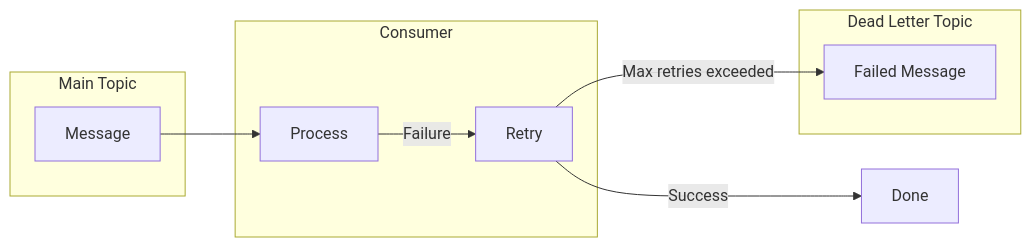
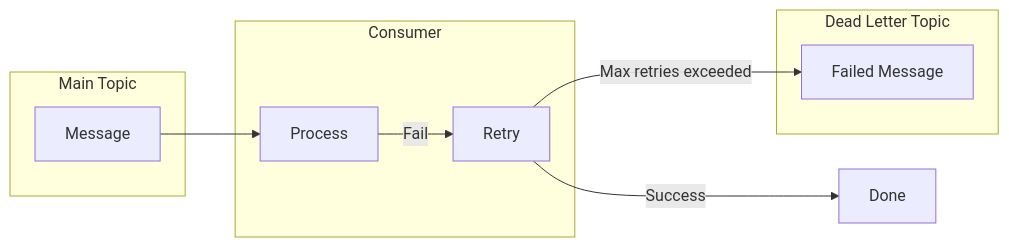
The second of 3 diagrams in content/en/docs/kafka/concepts/error-handling.md (advanced-beginner/advanced-beginner.github.io), drawn with Mermaid before and after one commit. The commit also changed other lines of this file and 7 other files, not shown here.

````diff
--- a/content/en/docs/kafka/concepts/error-handling.md
+++ b/content/en/docs/kafka/concepts/error-handling.md
@@ -113,20 +95,20 @@
 ```mermaid
 flowchart LR
     subgraph Main["Main Topic"]
         MSG[Message]
     end
 
     subgraph Consumer["Consumer"]
         PROC[Process]
         RETRY[Retry]
     end
 
     subgraph DLT["Dead Letter Topic"]
         DEAD[Failed Message]
     end
 
     MSG --> PROC
-    PROC -->|Failure| RETRY
+    PROC -->|Fail| RETRY
     RETRY -->|Max retries exceeded| DEAD
     RETRY -->|Success| DONE[Done]
 ```
````
